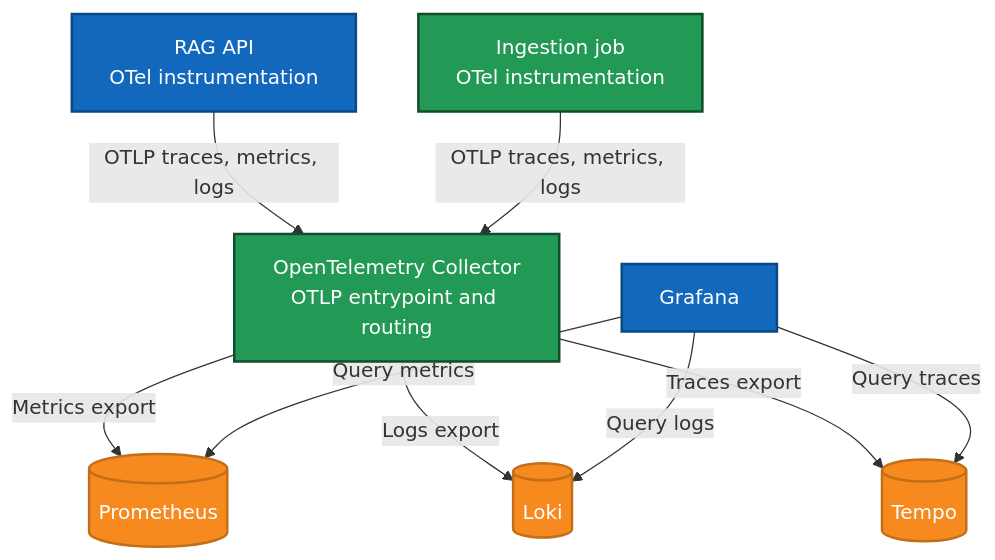
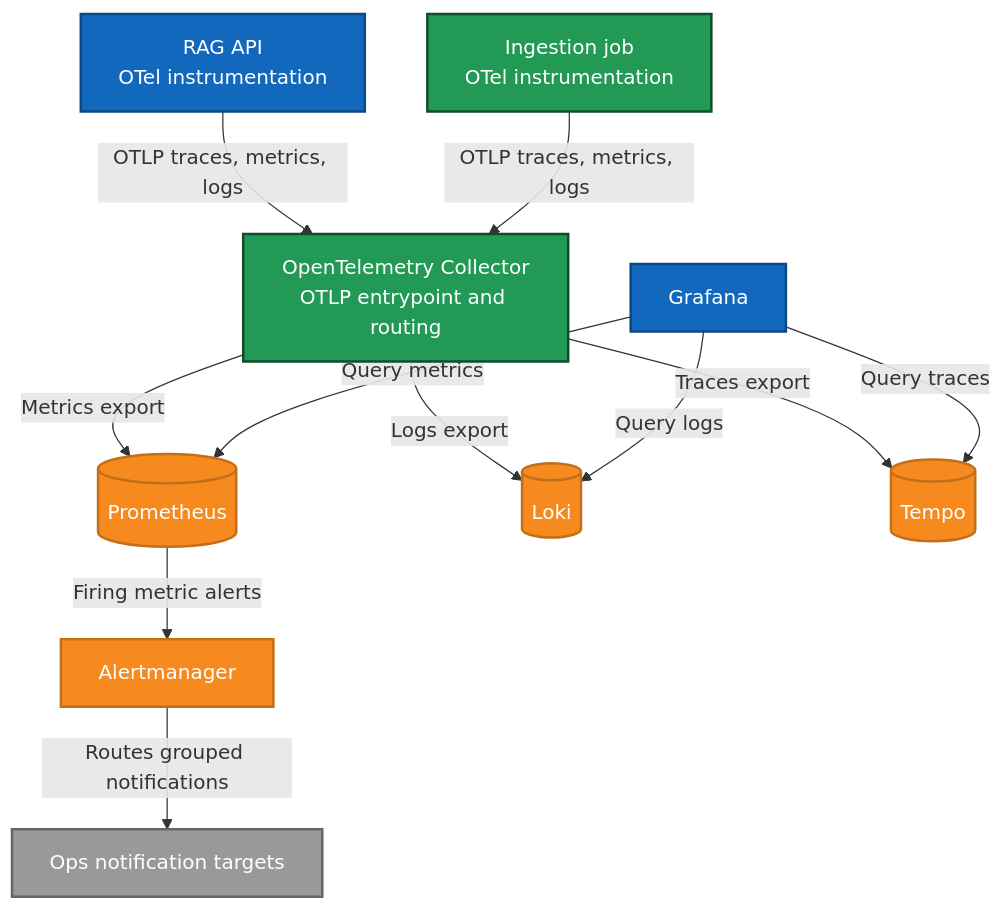
Before and after one commit to hugolomar/rag-architecture-guide: the diagram in docs/diagrams/08-observability-telemetry-flow.md, drawn with Mermaid. The commit also changed other lines of this file and 29 other files, not shown here.

````diff
--- a/docs/diagrams/08-observability-telemetry-flow.md
+++ b/docs/diagrams/08-observability-telemetry-flow.md
@@ -8,27 +8,33 @@
 ```mermaid
 graph TD
   API["RAG API<br/>OTel instrumentation"]
   Ingest["Ingestion job<br/>OTel instrumentation"]
   Collector["OpenTelemetry Collector<br/>OTLP entrypoint and routing"]
   Prom[("Prometheus")]
+  Alert["Alertmanager"]
   Loki[("Loki")]
   Tempo[("Tempo")]
   Graf["Grafana"]
+  Ops["Ops notification targets"]
 
   API -- "OTLP traces, metrics, logs" --> Collector
   Ingest -- "OTLP traces, metrics, logs" --> Collector
   Collector -- "Metrics export" --> Prom
   Collector -- "Logs export" --> Loki
   Collector -- "Traces export" --> Tempo
+  Prom -- "Firing metric alerts" --> Alert
+  Alert -- "Routes grouped notifications" --> Ops
   Graf -- "Query metrics" --> Prom
   Graf -- "Query logs" --> Loki
   Graf -- "Query traces" --> Tempo
 
   style API fill:#1168bd,stroke:#0b4884,color:#ffffff,stroke-width:2px
   style Ingest fill:#229954,stroke:#114d2a,color:#ffffff,stroke-width:2px
   style Collector fill:#229954,stroke:#114d2a,color:#ffffff,stroke-width:2px
   style Prom fill:#f68a1e,stroke:#c46e18,color:#ffffff,stroke-width:2px
+  style Alert fill:#f68a1e,stroke:#c46e18,color:#ffffff,stroke-width:2px
   style Loki fill:#f68a1e,stroke:#c46e18,color:#ffffff,stroke-width:2px
   style Tempo fill:#f68a1e,stroke:#c46e18,color:#ffffff,stroke-width:2px
   style Graf fill:#1168bd,stroke:#0b4884,color:#ffffff,stroke-width:2px
+  style Ops fill:#999999,stroke:#666666,color:#ffffff,stroke-width:2px
 ```
````
